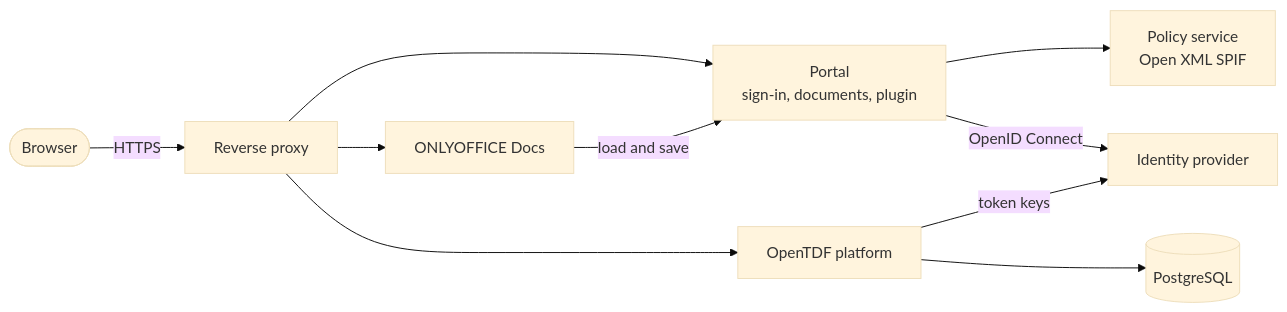
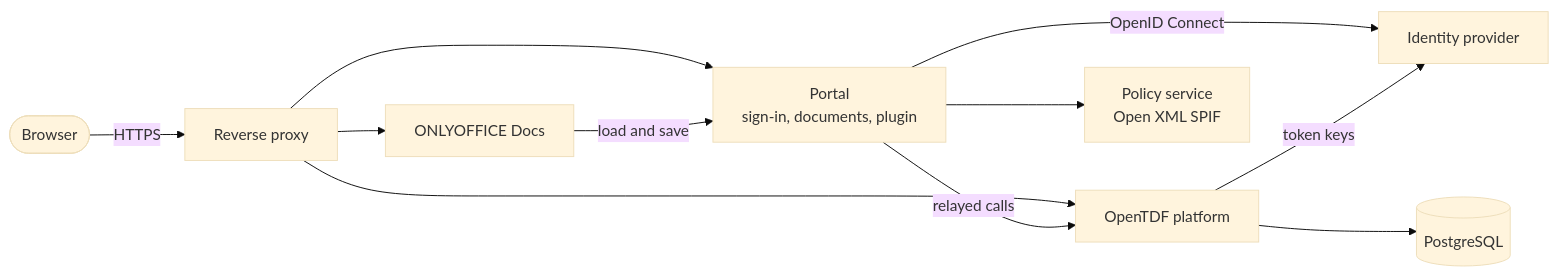
Before and after one commit to linagora/dcs-onlyoffice: the diagram in README.md, drawn with Mermaid (base theme). The commit also changed other lines of this file and 11 other files, not shown here.

First line of the commit message:
feat(portal): Relay the plugin's OpenTDF calls with the session's token

````diff
--- a/README.md
+++ b/README.md
@@ -69,12 +69,13 @@
 ```mermaid
 flowchart LR
   user([Browser]) -->|HTTPS| proxy[Reverse proxy]
   proxy --> portal[Portal<br/>sign-in, documents, plugin]
   proxy --> docs[ONLYOFFICE Docs]
   proxy --> tdf[OpenTDF platform]
   portal --> policy[Policy service<br/>Open XML SPIF]
+  portal -->|relayed calls| tdf
   docs -->|load and save| portal
   portal -->|OpenID Connect| idp[Identity provider]
   tdf -->|token keys| idp
   tdf --> db[(PostgreSQL)]
 ```
````
